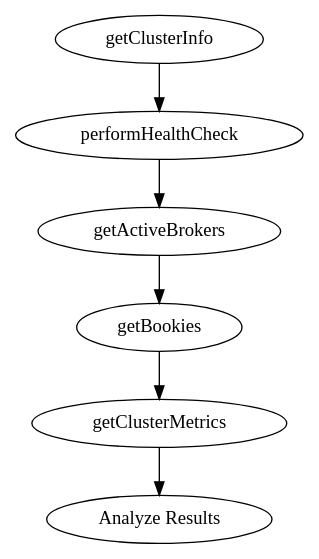
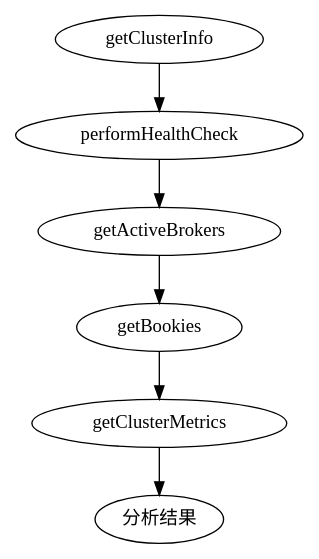
The diagram in pulsar-diagnostic-agent/src/main/resources/skills/cluster-health-check/SKILL.md (junboyuan/pulsar-diagnostic), drawn with Graphviz before and after one commit. The commit also changed other lines of this file and 5 other files, not shown here.

````diff
--- a/pulsar-diagnostic-agent/src/main/resources/skills/cluster-health-check/SKILL.md
+++ b/pulsar-diagnostic-agent/src/main/resources/skills/cluster-health-check/SKILL.md
@@ -26,9 +26,9 @@
 ```dot
 digraph health_check {
     "getClusterInfo" -> "performHealthCheck";
     "performHealthCheck" -> "getActiveBrokers";
     "getActiveBrokers" -> "getBookies";
     "getBookies" -> "getClusterMetrics";
-    "getClusterMetrics" -> "Analyze Results";
+    "getClusterMetrics" -> "分析结果";
 }
 ```
````
